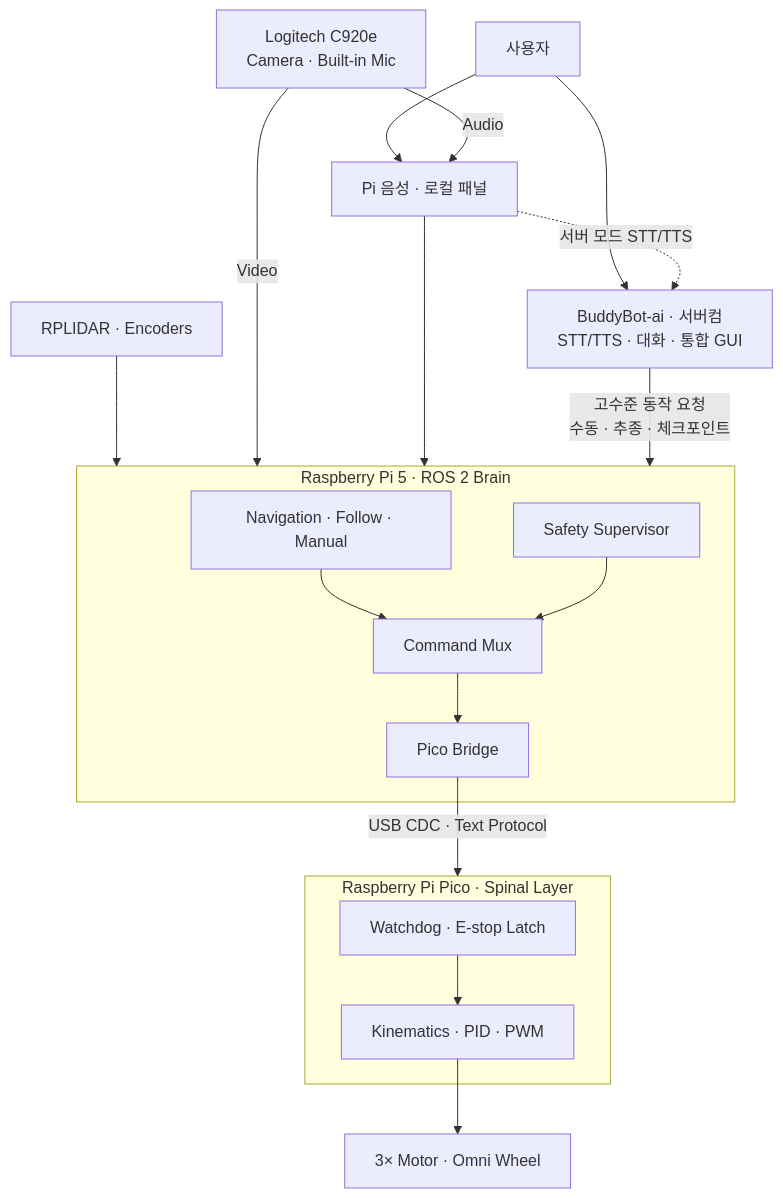
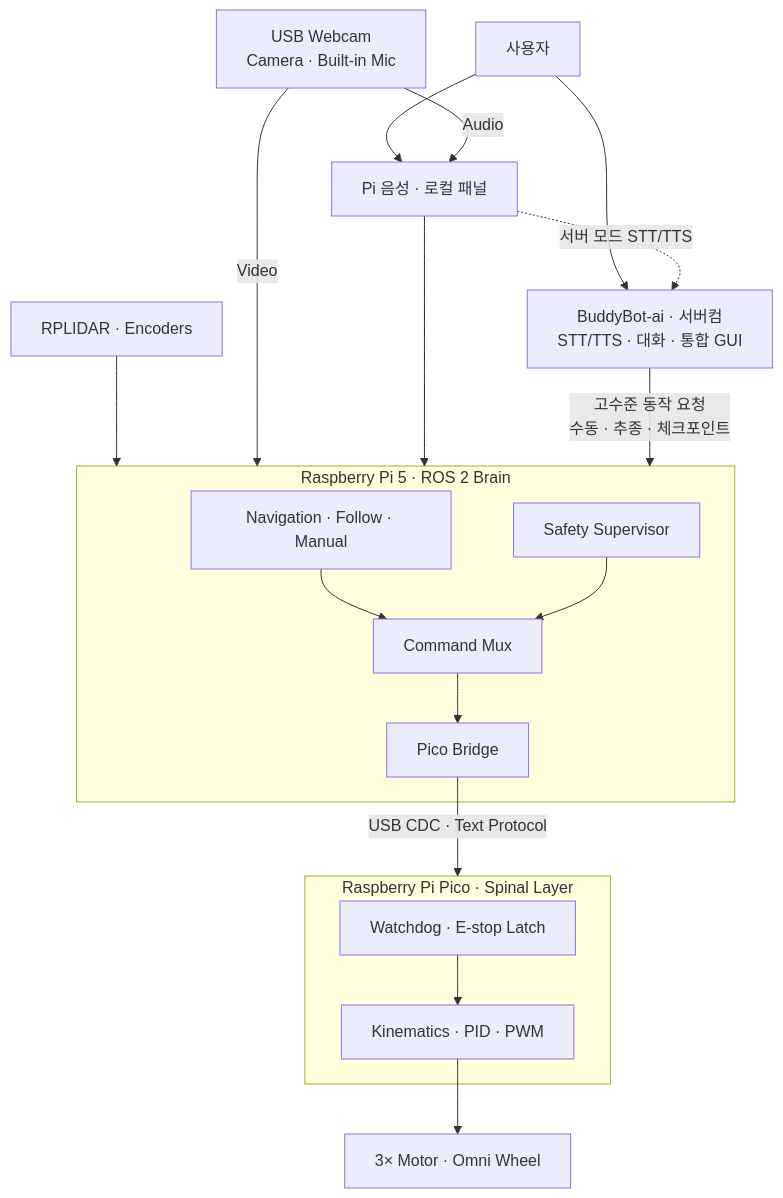
The diagram in README.md (rasasoe/BuddyBot), drawn with Mermaid before and after one commit. The commit also changed other lines of this file, not shown here.

Commit message:
Rebalance webcam emphasis in README

````diff
--- a/README.md
+++ b/README.md
@@ -136,25 +135,25 @@
 ```mermaid
 flowchart TB
     User["사용자"] --> LocalUI["Pi 음성 · 로컬 패널"]
     User --> Server["BuddyBot-ai · 서버컴<br/>STT/TTS · 대화 · 통합 GUI"]
     Sensors["RPLIDAR · Encoders"] --> Brain
-    C920e["Logitech C920e<br/>Camera · Built-in Mic"] -->|"Video"| Brain
-    C920e -->|"Audio"| LocalUI
+    Webcam["USB Webcam<br/>Camera · Built-in Mic"] -->|"Video"| Brain
+    Webcam -->|"Audio"| LocalUI
     LocalUI --> Brain
     LocalUI -. "서버 모드 STT/TTS" .-> Server
     Server -->|"고수준 동작 요청<br/>수동 · 추종 · 체크포인트"| Brain
 
     subgraph Brain["Raspberry Pi 5 · ROS 2 Brain"]
         Behaviors["Navigation · Follow · Manual"] --> Mux["Command Mux"]
         Safety["Safety Supervisor"] --> Mux
         Mux --> Bridge["Pico Bridge"]
     end
 
     Bridge -->|"USB CDC · Text Protocol"| Pico
 
     subgraph Pico["Raspberry Pi Pico · Spinal Layer"]
         Guard["Watchdog · E-stop Latch"] --> Control["Kinematics · PID · PWM"]
     end
 
     Control --> Drive["3× Motor · Omni Wheel"]
 ```
````
